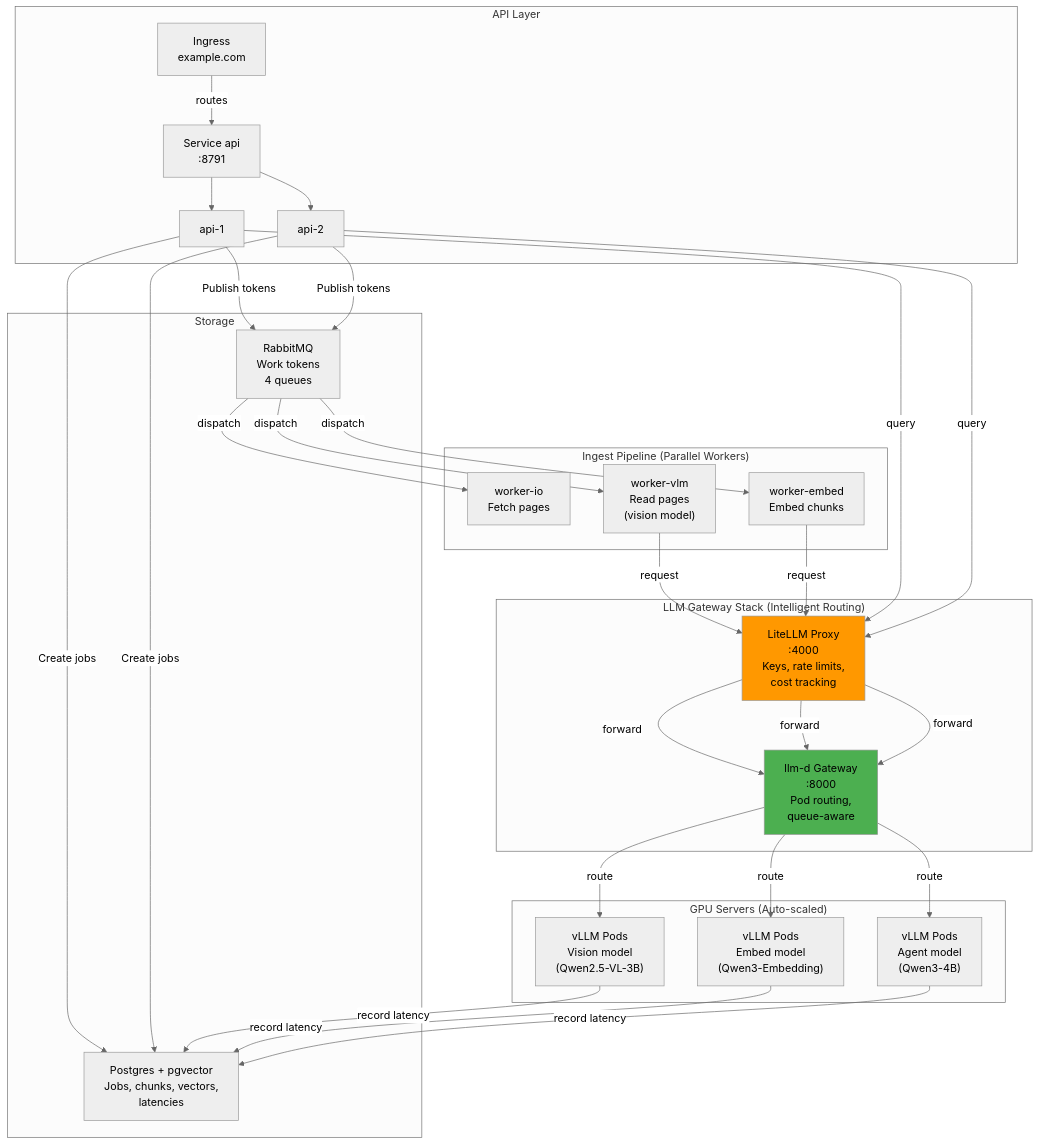
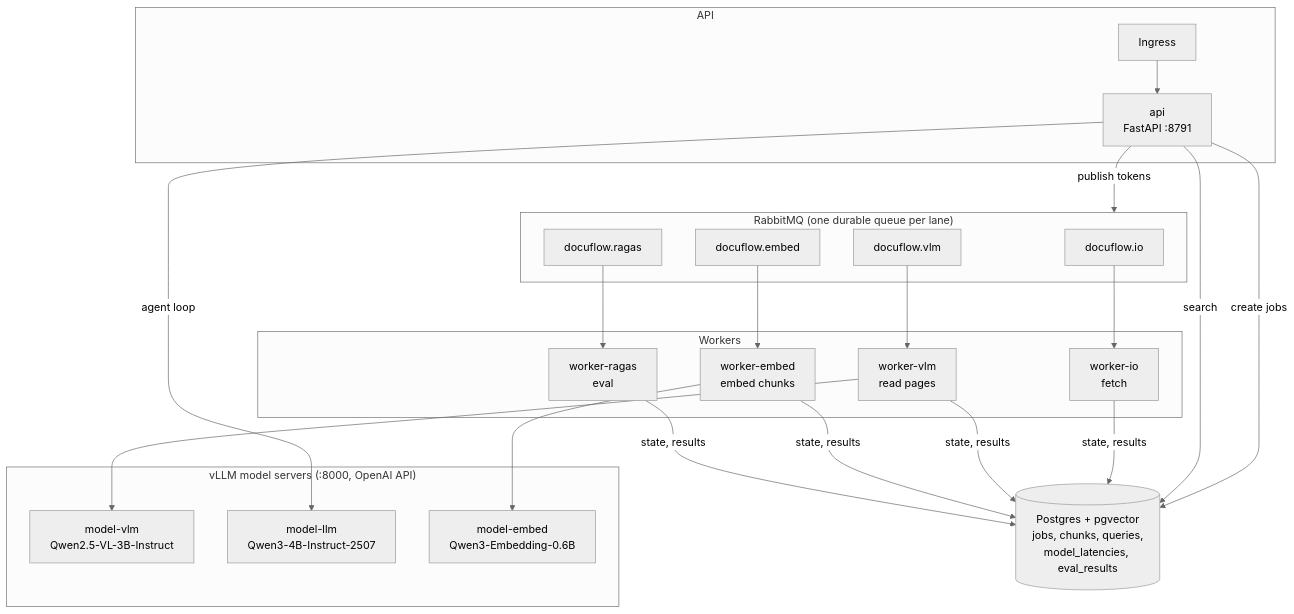
One commit to pramodsarvi/docuflow-systems-lab- changed the first of 3 diagrams in docs/DOCUFLOW.md. Above: the diagram before and after it, drawn with Mermaid (neutral theme). The commit also changed other lines of this file and 14 other files, not shown here.

````diff
--- a/docs/DOCUFLOW.md
+++ b/docs/DOCUFLOW.md
@@ -20,57 +23,36 @@
 ```mermaid
 graph TB
-    subgraph "API Layer"
-        INGRESS["Ingress<br/>example.com"]
-        API1["api-1"]
-        API2["api-2"]
-        SVC_API["Service api<br/>:8791"]
+    subgraph API
+        ING[Ingress] --> API1[api<br/>FastAPI :8791]
     end
-    
-    subgraph "Ingest Pipeline (Parallel Workers)"
-        WIO["worker-io<br/>Fetch pages"]
-        WVLM["worker-vlm<br/>Read pages<br/>(vision model)"]
-        WEMBED["worker-embed<br/>Embed chunks"]
+    subgraph Queue["RabbitMQ (one durable queue per lane)"]
+        QIO[docuflow.io]
+        QVLM[docuflow.vlm]
+        QEMB[docuflow.embed]
+        QRAG[docuflow.ragas]
     end
-    
-    subgraph "LLM Gateway Stack (Intelligent Routing)"
-        LITE["LiteLLM Proxy<br/>:4000<br/>Keys, rate limits,<br/>cost tracking"]
-        LLMD["llm-d Gateway<br/>:8000<br/>Pod routing,<br/>queue-aware"]
+    subgraph Workers
+        WIO[worker-io<br/>fetch]
+        WVLM[worker-vlm<br/>read pages]
+        WEMB[worker-embed<br/>embed chunks]
+        WRAG[worker-ragas<br/>eval]
     end
-    
-    subgraph "GPU Servers (Auto-scaled)"
-        MVLM["vLLM Pods<br/>Vision model<br/>(Qwen2.5-VL-3B)"]
-        MEMBED["vLLM Pods<br/>Embed model<br/>(Qwen3-Embedding)"]
-        MAGENT["vLLM Pods<br/>Agent model<br/>(Qwen3-4B)"]
+    subgraph Models["vLLM model servers (:8000, OpenAI API)"]
+        MVLM[model-vlm<br/>Qwen2.5-VL-3B-Instruct]
+        MLLM[model-llm<br/>Qwen3-4B-Instruct-2507]
+        MEMB[model-embed<br/>Qwen3-Embedding-0.6B]
     end
-    
-    subgraph "Storage"
-        PG["Postgres + pgvector<br/>Jobs, chunks, vectors,<br/>latencies"]
-        RMQ["RabbitMQ<br/>Work tokens<br/>4 queues"]
-    end
-    
-    INGRESS -->|routes| SVC_API
-    SVC_API --> API1 & API2
-    
-    API1 & API2 -->|Create jobs| PG
-    API1 & API2 -->|Publish tokens| RMQ
-    
-    RMQ -->|dispatch| WIO & WVLM & WEMBED
-    
-    WVLM -->|request| LITE
-    LITE -->|forward| LLMD
-    LLMD -->|route| MVLM
-    MVLM -->|record latency| PG
-    
-    WEMBED -->|request| LITE
-    LITE -->|forward| LLMD
-    LLMD -->|route| MEMBED
-    MEMBED -->|record latency| PG
-    
-    API1 & API2 -->|query| LITE
-    LITE -->|forward| LLMD
-    LLMD -->|route| MAGENT
-    MAGENT -->|record latency| PG
-    
-    style LITE fill:#ff9800
-    style LLMD fill:#4caf50
+    PG[(Postgres + pgvector<br/>jobs, chunks, queries,<br/>model_latencies, eval_results)]
+
+    API1 -->|create jobs| PG
+    API1 -->|publish tokens| Queue
+    QIO --> WIO
+    QVLM --> WVLM
+    QEMB --> WEMB
+    QRAG --> WRAG
+    WVLM --> MVLM
+    WEMB --> MEMB
+    API1 -->|agent loop| MLLM
+    API1 -->|search| PG
+    WIO & WVLM & WEMB & WRAG -->|state, results| PG
 ```
````
